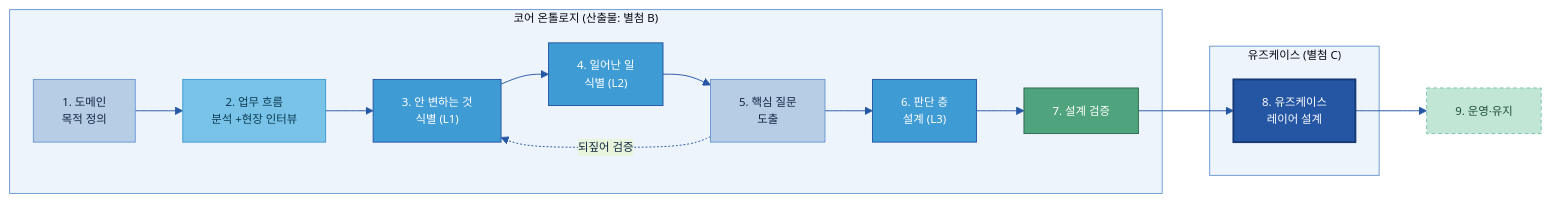
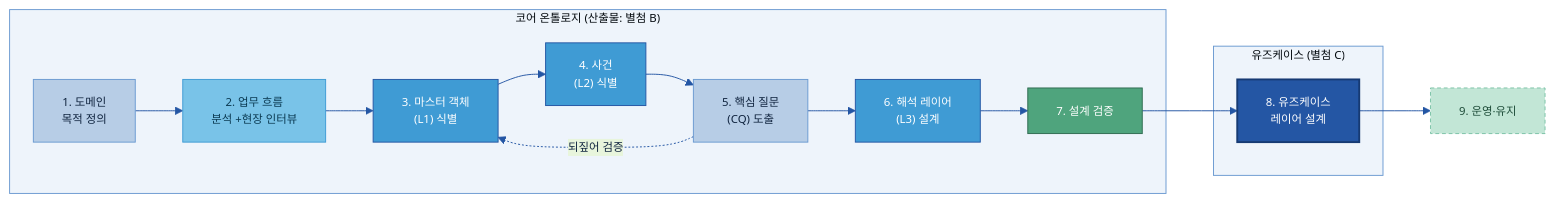
One commit to jin-kearney/ai-ready-data-manual changed the sixth of 8 diagrams in 가이드 작성/B-3 온톨로지/B-3 온톨로지.md. Above: the diagram before and after it, drawn with Mermaid. The commit also changed other lines of this file and 1 other file, not shown here.

````diff
--- a/가이드 작성/B-3 온톨로지/B-3 온톨로지.md
+++ b/가이드 작성/B-3 온톨로지/B-3 온톨로지.md
@@ -386,25 +388,25 @@
 ```mermaid
 %%{init: {'theme':'base','themeVariables':{'primaryColor':'#DCE8F5','primaryBorderColor':'#2456A4','primaryTextColor':'#10243f','lineColor':'#2456A4','clusterBkg':'#EEF4FB','clusterBorder':'#6B9AD1','fontSize':'12px'}}}%%
 flowchart LR
     subgraph CORE["코어 온톨로지 (산출물: 별첨 B)"]
         S1["1. 도메인\n목적 정의"]:::n
         S2["2. 업무 흐름\n분석 +현장 인터뷰"]:::src
-        S3["3. 안 변하는 것\n식별 (L1)"]:::gate
-        S4["4. 일어난 일\n식별 (L2)"]:::gate
-        S5["5. 핵심 질문\n도출"]:::n
-        S6["6. 판단 층\n설계 (L3)"]:::gate
+        S3["3. 마스터 객체\n(L1) 식별"]:::gate
+        S4["4. 사건\n(L2) 식별"]:::gate
+        S5["5. 핵심 질문\n(CQ) 도출"]:::n
+        S6["6. 해석 레이어\n(L3) 설계"]:::gate
         S7["7. 설계 검증"]:::loop
     end
     subgraph UC["유즈케이스 (별첨 C)"]
         S8["8. 유즈케이스\n레이어 설계"]:::cat
     end
     S9["9. 운영·유지"]:::cross
     S1 --> S2 --> S3 --> S4 --> S5 --> S6 --> S7 --> S8 --> S9
     S5 -.->|"되짚어 검증"| S3
     classDef n fill:#B7CDE6,stroke:#6B9AD1,color:#10243f;
     classDef src fill:#79C3E8,stroke:#3F9BD4,color:#0b3a52;
     classDef gate fill:#3F9BD4,stroke:#2456A4,color:#fff;
     classDef cat fill:#2456A4,color:#fff,stroke:#163a73,stroke-width:2px;
     classDef loop fill:#4FA47D,stroke:#2f6b50,color:#fff;
     classDef cross fill:#C2E6D6,stroke:#7CC2A7,color:#1f4d3a,stroke-dasharray:4 3;
 ```
````
